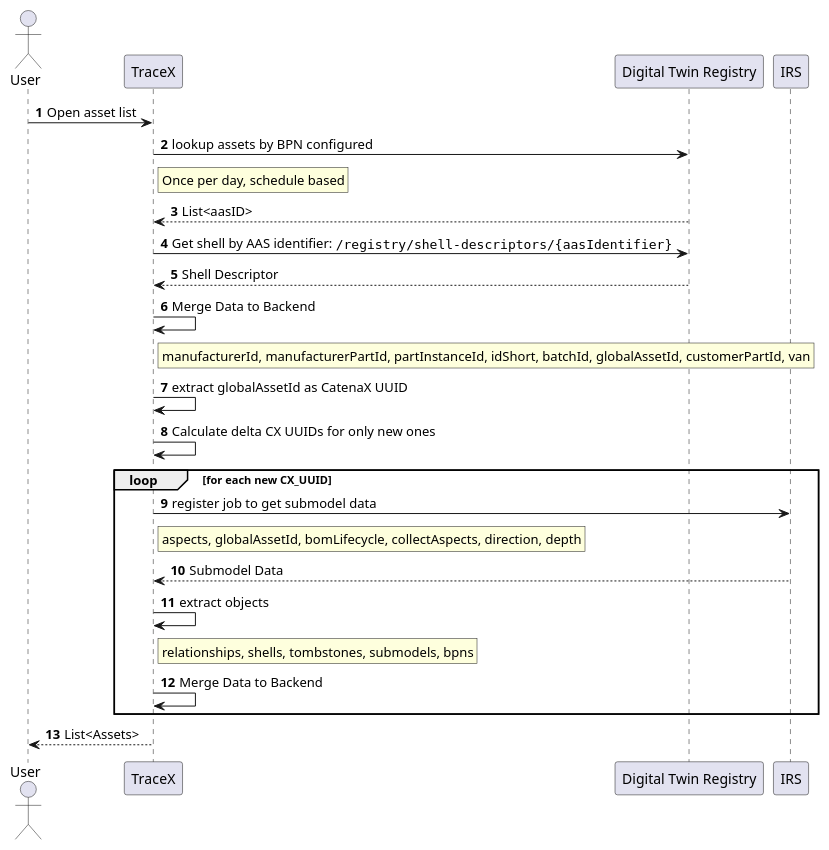
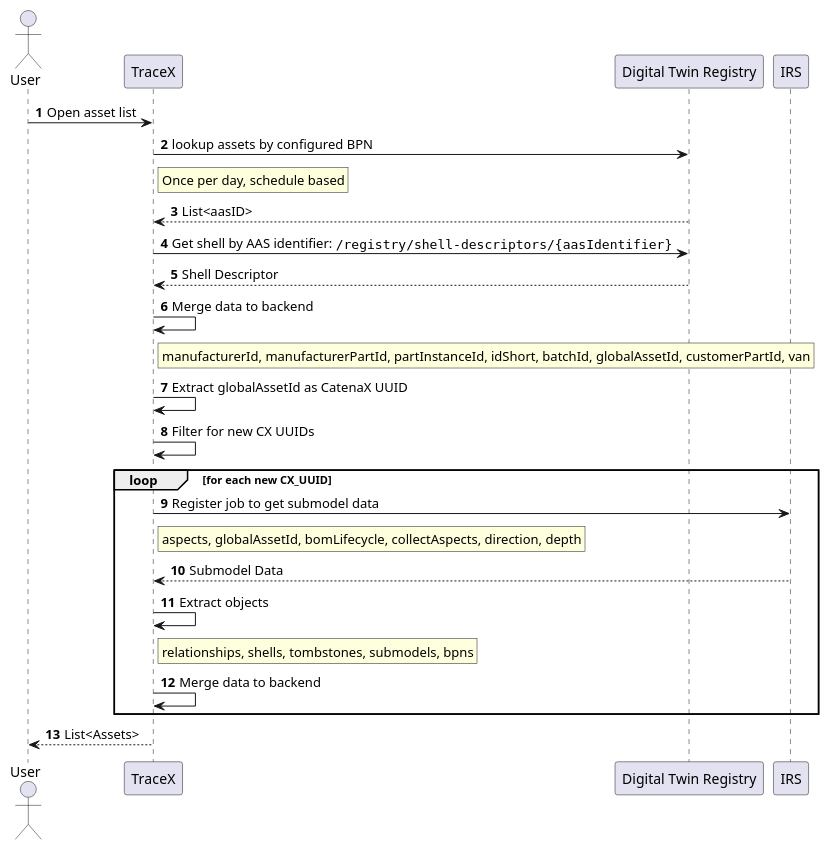
The diagram in docs/src/uml-diagrams/arc42/runtime-view/data-consumption-process.puml (eclipse-tractusx/traceability-foss), drawn with PlantUML before and after one commit. The commit also changed 18 other files, not shown here.

```diff
--- a/docs/src/uml-diagrams/arc42/runtime-view/data-consumption-process.puml
+++ b/docs/src/uml-diagrams/arc42/runtime-view/data-consumption-process.puml
@@ -1,41 +1,41 @@
 @startuml
 'https://plantuml.com/sequence-diagram
 autonumber
 
 actor User
 participant TraceX
 participant "Digital Twin Registry" as DTR
 participant IRS
 
 User -> TraceX: Open asset list
-TraceX -> DTR: lookup assets by BPN configured
+TraceX -> DTR: lookup assets by configured BPN
 rnote right TraceX
 Once per day, schedule based
 end rnote
 TraceX <-- DTR: List<aasID>
 
 TraceX -> DTR: Get shell by AAS identifier: ""/registry/shell-descriptors/{aasIdentifier}""
 TraceX <-- DTR: Shell Descriptor
-TraceX -> TraceX: Merge Data to Backend
+TraceX -> TraceX: Merge data to backend
 rnote right TraceX
 manufacturerId, manufacturerPartId, partInstanceId, idShort, batchId, globalAssetId, customerPartId, van
 end rnote
-TraceX -> TraceX: extract globalAssetId as CatenaX UUID
-TraceX -> TraceX: Calculate delta CX UUIDs for only new ones
+TraceX -> TraceX: Extract globalAssetId as CatenaX UUID
+TraceX -> TraceX: Filter for new CX UUIDs
 
 	loop for each new CX_UUID
-        TraceX -> IRS: register job to get submodel data
+        TraceX -> IRS: Register job to get submodel data
             rnote right TraceX
                 aspects, globalAssetId, bomLifecycle, collectAspects, direction, depth
             end rnote
         TraceX <-- IRS: Submodel Data
-        TraceX -> TraceX: extract objects
+        TraceX -> TraceX: Extract objects
             rnote right TraceX
                 relationships, shells, tombstones, submodels, bpns
             end rnote
-		TraceX -> TraceX: Merge Data to Backend
+		TraceX -> TraceX: Merge data to backend
+	end
 
-	end
 User <-- TraceX: List<Assets>
 
 @enduml
```
